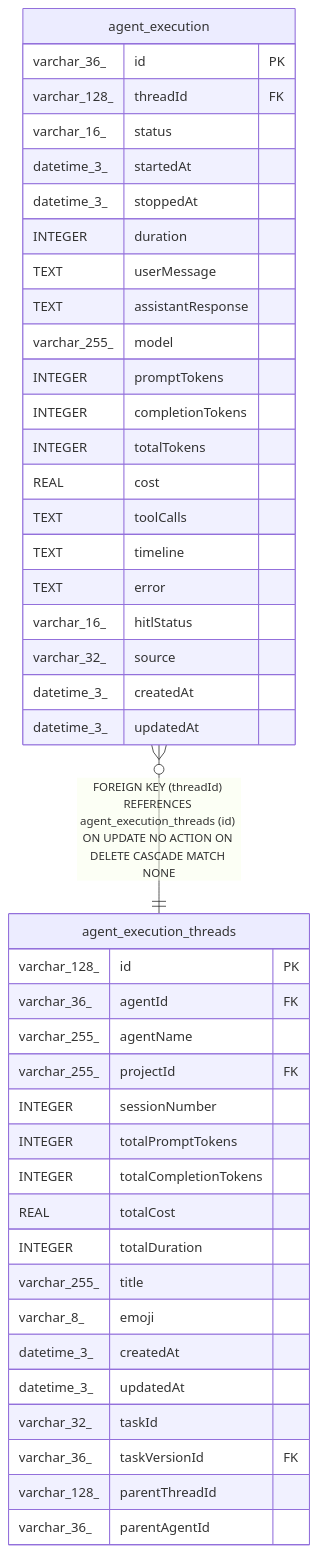
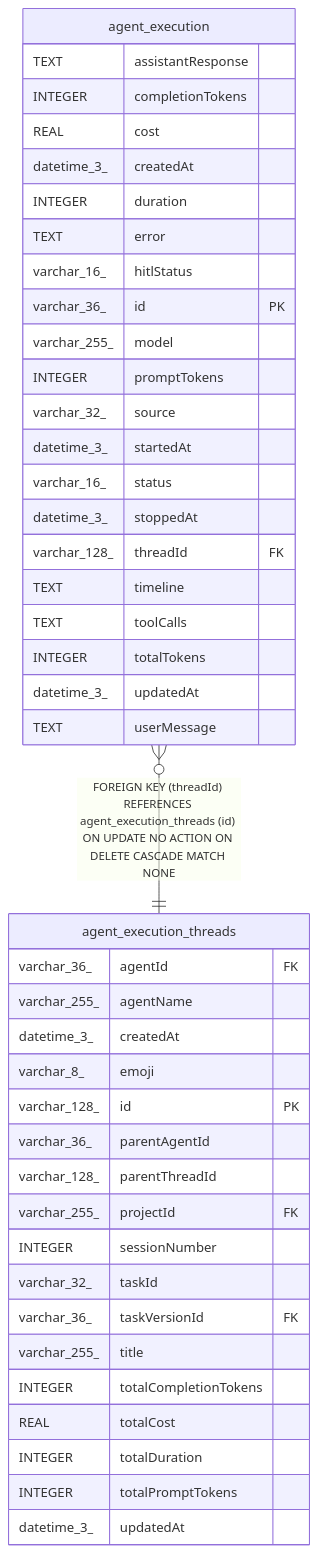
Before and after one commit to mayankjain1815-commits/n8n: the diagram in docs/generated/sqlite-schema/agent_execution.md, drawn with Mermaid. The commit also changed other lines of this file and 221 other files, not shown here.

Commit message:
chore(core): Make DB schema docs generation deterministic (#32373)

````diff
--- a/docs/generated/sqlite-schema/agent_execution.md
+++ b/docs/generated/sqlite-schema/agent_execution.md
@@ -58,47 +58,47 @@
 ```mermaid
 erDiagram
 
 "agent_execution" }o--|| "agent_execution_threads" : "FOREIGN KEY (threadId) REFERENCES agent_execution_threads (id) ON UPDATE NO ACTION ON DELETE CASCADE MATCH NONE"
 
 "agent_execution" {
+  TEXT assistantResponse
+  INTEGER completionTokens
+  REAL cost
+  datetime_3_ createdAt
+  INTEGER duration
+  TEXT error
+  varchar_16_ hitlStatus
   varchar_36_ id PK
-  varchar_128_ threadId FK
-  varchar_16_ status
-  datetime_3_ startedAt
-  datetime_3_ stoppedAt
-  INTEGER duration
-  TEXT userMessage
-  TEXT assistantResponse
   varchar_255_ model
   INTEGER promptTokens
-  INTEGER completionTokens
+  varchar_32_ source
+  datetime_3_ startedAt
+  varchar_16_ status
+  datetime_3_ stoppedAt
+  varchar_128_ threadId FK
+  TEXT timeline
+  TEXT toolCalls
   INTEGER totalTokens
-  REAL cost
-  TEXT toolCalls
-  TEXT timeline
-  TEXT error
-  varchar_16_ hitlStatus
-  varchar_32_ source
-  datetime_3_ createdAt
   datetime_3_ updatedAt
+  TEXT userMessage
 }
 "agent_execution_threads" {
-  varchar_128_ id PK
   varchar_36_ agentId FK
   varchar_255_ agentName
+  datetime_3_ createdAt
+  varchar_8_ emoji
+  varchar_128_ id PK
+  varchar_36_ parentAgentId
+  varchar_128_ parentThreadId
   varchar_255_ projectId FK
   INTEGER sessionNumber
-  INTEGER totalPromptTokens
+  varchar_32_ taskId
+  varchar_36_ taskVersionId FK
+  varchar_255_ title
   INTEGER totalCompletionTokens
   REAL totalCost
   INTEGER totalDuration
-  varchar_255_ title
-  varchar_8_ emoji
-  datetime_3_ createdAt
+  INTEGER totalPromptTokens
   datetime_3_ updatedAt
-  varchar_32_ taskId
-  varchar_36_ taskVersionId FK
-  varchar_128_ parentThreadId
-  varchar_36_ parentAgentId
 }
 ```
````
